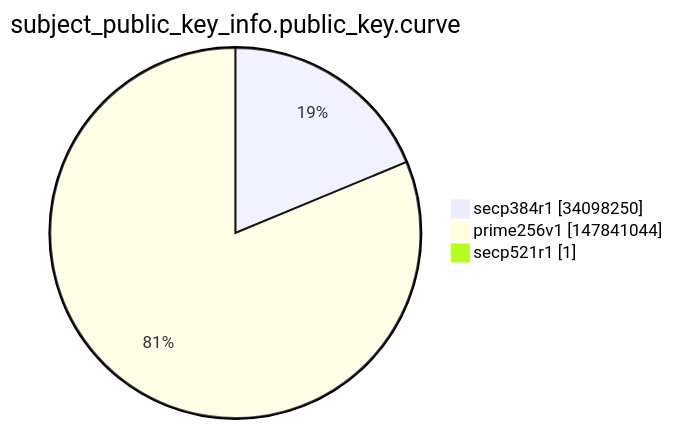
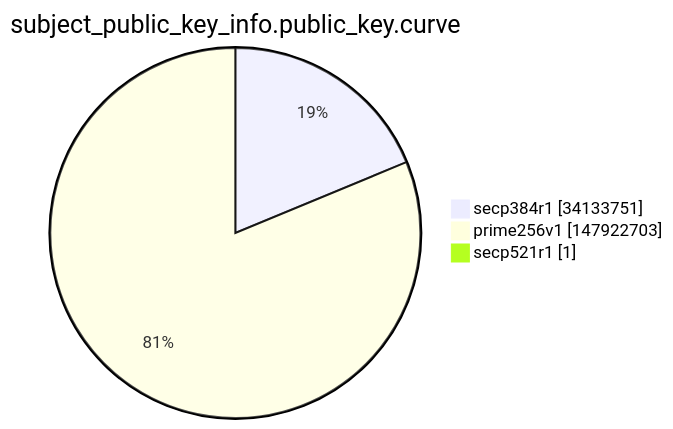
The ninth of 15 diagrams in argon2022/README.md (christiankrug/ctmonitor_visualization), drawn with Mermaid before and after one commit. The commit also changed other lines of this file, not shown here.

````diff
--- a/argon2022/README.md
+++ b/argon2022/README.md
@@ -2764,7 +2764,7 @@
 ```mermaid
 pie showData
 title subject_public_key_info.public_key.curve
-"secp384r1" :34098250
-"prime256v1" :147841044
+"secp384r1" :34133751
+"prime256v1" :147922703
 "secp521r1" :1
 ```
````
